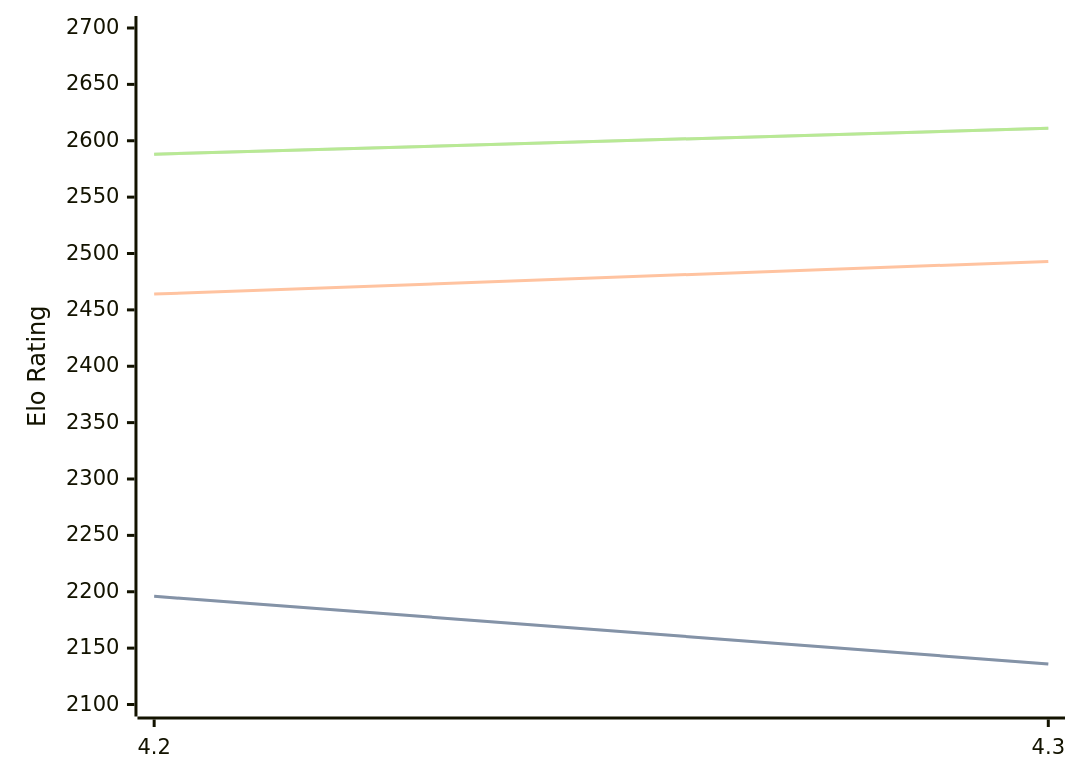
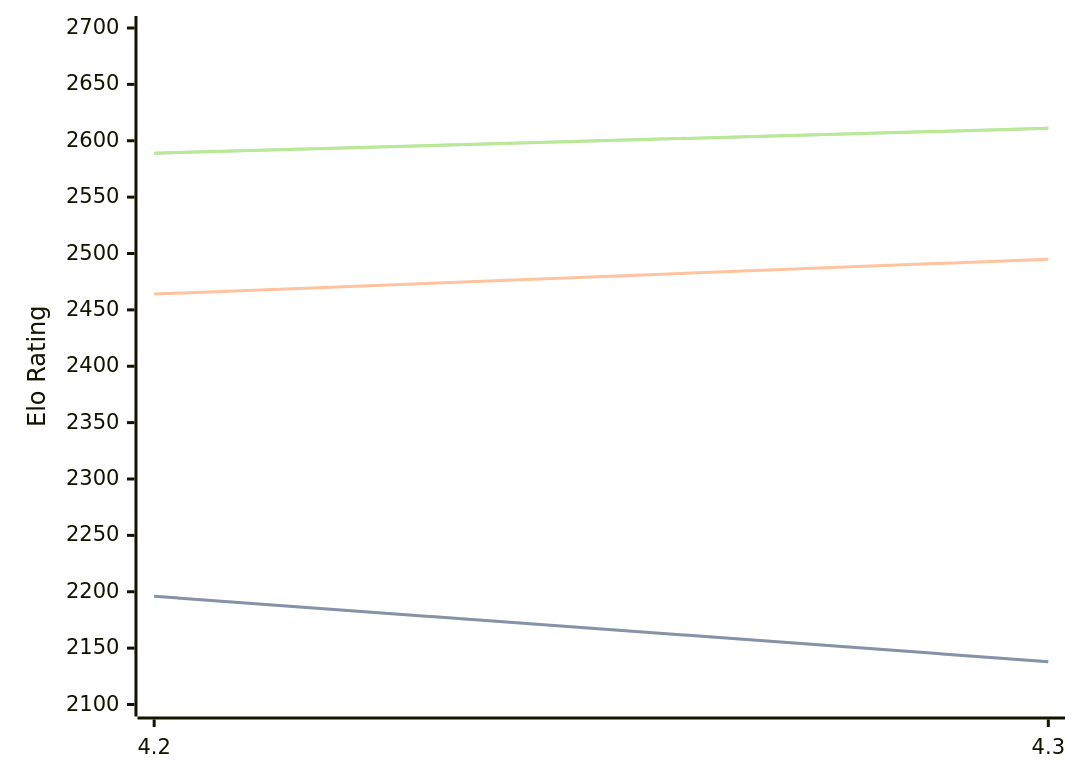
Before and after one commit to computer-chess-index/cci: the diagram in engines/Eubos.md, drawn with Mermaid. The commit also changed other lines of this file, not shown here.

Commit message:
Update CCI Ratings (ELO VLTC) - 2026-04-25

````diff
--- a/engines/Eubos.md
+++ b/engines/Eubos.md
@@ -88,11 +88,11 @@
 ```mermaid
 %%{init: {"theme":"base","themeVariables":{"seriesColors:['#a3a3a3','#222221','#faa371']}}}%%
 xychart-beta
   x-axis ["4.2", "4.3"]
   y-axis "Elo Rating" 2100 --> 2700
-  line "STC (8.0+0.08s)" [2196, 2136]
-  line "STC (8.0+0.08s)" [2196, 2136]
-  line "LTC (60.0+0.60s)" [2464, 2493]
-  line "VLTC (2m24s+1.12s)" [2588, 2611]
-  line "VLTC (2m24s+1.12s)" [2588, 2611]
+  line "STC (8.0+0.08s)" [2196, 2138]
+  line "STC (8.0+0.08s)" [2196, 2138]
+  line "LTC (60.0+0.60s)" [2464, 2495]
+  line "VLTC (2m24s+1.12s)" [2589, 2611]
+  line "VLTC (2m24s+1.12s)" [2589, 2611]
 ```
````
